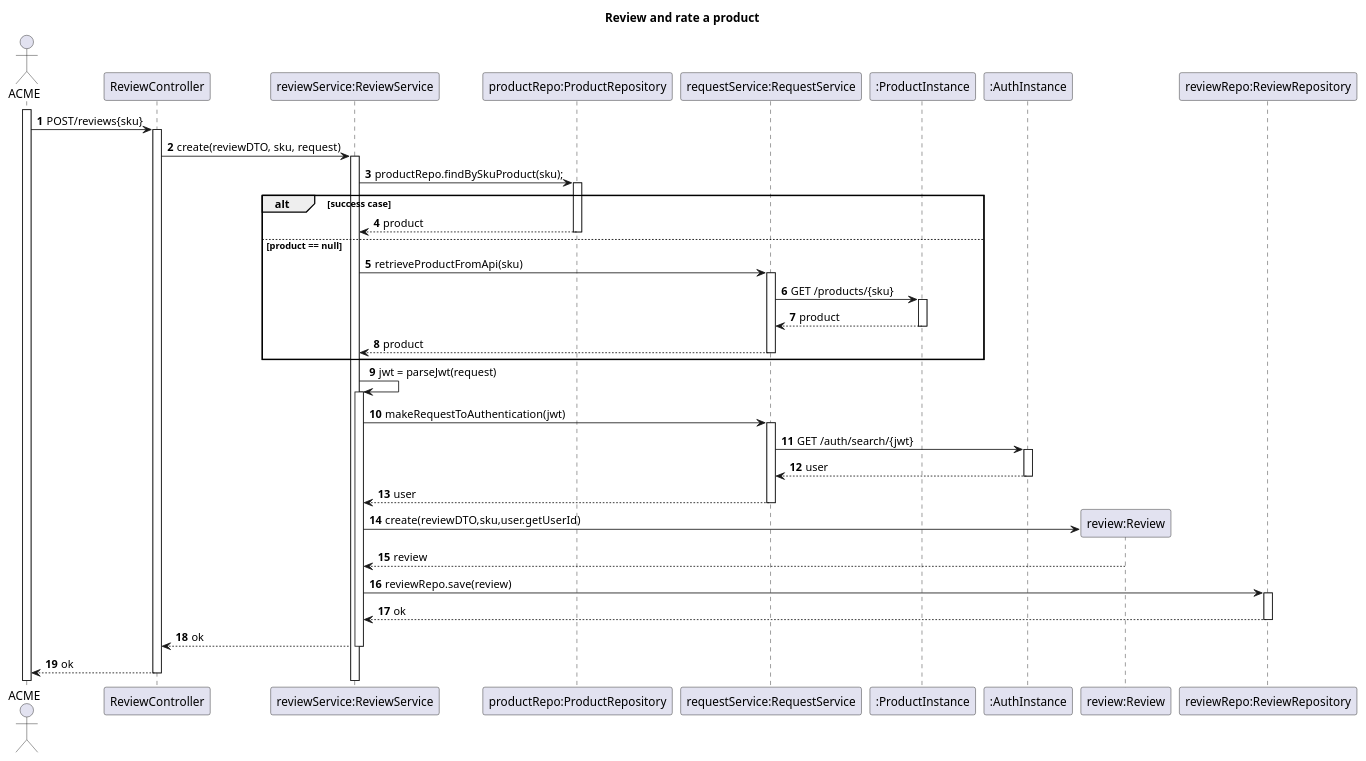
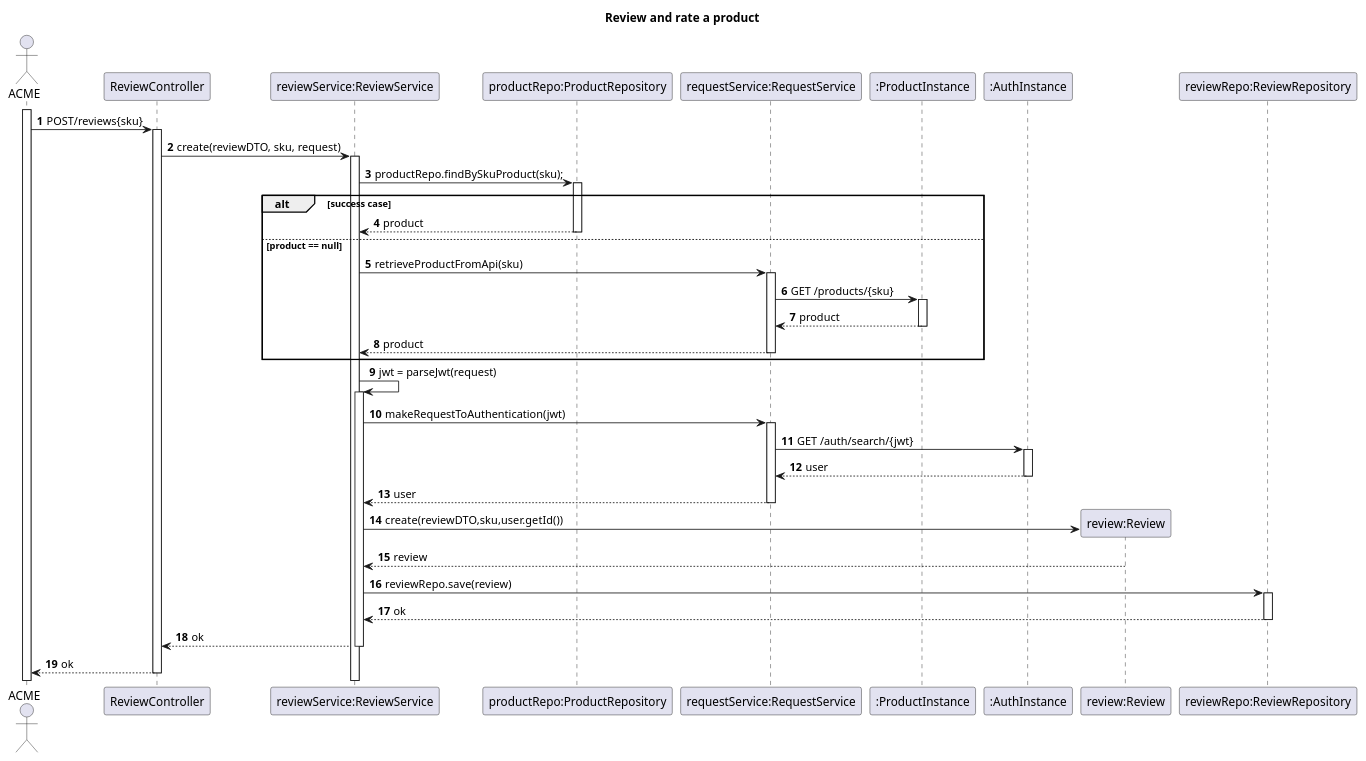
One commit to TiagoNora/SIDIS-Docs changed the diagram in Docs/US04-SD.puml. Above: the diagram before and after it, drawn with PlantUML. The commit also changed 1 other file, not shown here.

```diff
--- a/Docs/US04-SD.puml
+++ b/Docs/US04-SD.puml
@@ -1,43 +1,43 @@
 @startuml
 'https://plantuml.com/sequence-diagram
 title Review and rate a product
 autoactivate on
 autonumber
 
 actor "ACME" as User
 participant "ReviewController" as Ctrl
 participant "reviewService:ReviewService" as Svc
 participant "productRepo:ProductRepository" as repository
 participant "requestService:RequestService" as request
 participant ":ProductInstance" as instance
 participant ":AuthInstance" as instanceAuth
 participant "review:Review" as review
 participant "reviewRepo:ReviewRepository" as Repo
 
 activate User
 
 User -> Ctrl : POST/reviews{sku}
 
 Ctrl -> Svc : create(reviewDTO, sku, request)
 Svc -> repository : productRepo.findBySkuProduct(sku);
 alt success case
 repository --> Svc : product
 else product == null
 Svc -> request:retrieveProductFromApi(sku)
 request -> instance: GET /products/{sku}
 instance --> request: product
 request --> Svc: product
 end
 Svc -> Svc: jwt = parseJwt(request)
 Svc -> request: makeRequestToAuthentication(jwt)
 request -> instanceAuth: GET /auth/search/{jwt}
 instanceAuth --> request: user
 request --> Svc: user
-Svc -> review** : create(reviewDTO,sku,user.getUserId)
+Svc -> review** : create(reviewDTO,sku,user.getId())
 review --> Svc :  review
 Svc -> Repo : reviewRepo.save(review)
 Repo --> Svc : ok
 Svc --> Ctrl : ok
 Ctrl --> User : ok
 
 @enduml
```
